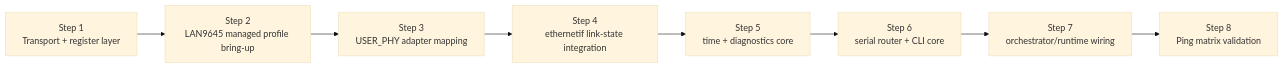
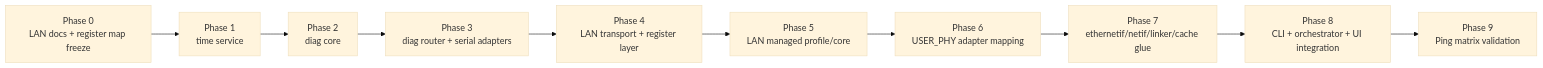
Before and after one commit to SamuelCicuitStudio/LAN9645-STM32-Managed-Ethernet-Switch: the second of 2 diagrams in Design/firmware/LAN9645_library_implementation_plan.md, drawn with Mermaid (base theme). The commit also changed other lines of this file, not shown here.

Commit message:
docs: phase-lock implementation plan with register-map freeze

````diff
--- a/Design/firmware/LAN9645_library_implementation_plan.md
+++ b/Design/firmware/LAN9645_library_implementation_plan.md
@@ -46,10 +46,12 @@
 ```mermaid
 flowchart LR
-    S1[Step 1<br/>Transport + register layer] --> S2[Step 2<br/>LAN9645 managed profile bring-up]
-    S2 --> S3[Step 3<br/>USER_PHY adapter mapping]
-    S3 --> S4[Step 4<br/>ethernetif link-state integration]
-    S4 --> S5[Step 5<br/>time + diagnostics core]
-    S5 --> S6[Step 6<br/>serial router + CLI core]
-    S6 --> S7[Step 7<br/>orchestrator/runtime wiring]
-    S7 --> S8[Step 8<br/>Ping matrix validation]
+    P0[Phase 0<br/>LAN docs + register map freeze] --> P1[Phase 1<br/>time service]
+    P1 --> P2[Phase 2<br/>diag core]
+    P2 --> P3[Phase 3<br/>diag router + serial adapters]
+    P3 --> P4[Phase 4<br/>LAN transport + register layer]
+    P4 --> P5[Phase 5<br/>LAN managed profile/core]
+    P5 --> P6[Phase 6<br/>USER_PHY adapter mapping]
+    P6 --> P7[Phase 7<br/>ethernetif/netif/linker/cache glue]
+    P7 --> P8[Phase 8<br/>CLI + orchestrator + UI integration]
+    P8 --> P9[Phase 9<br/>Ping matrix validation]
 ```
````
